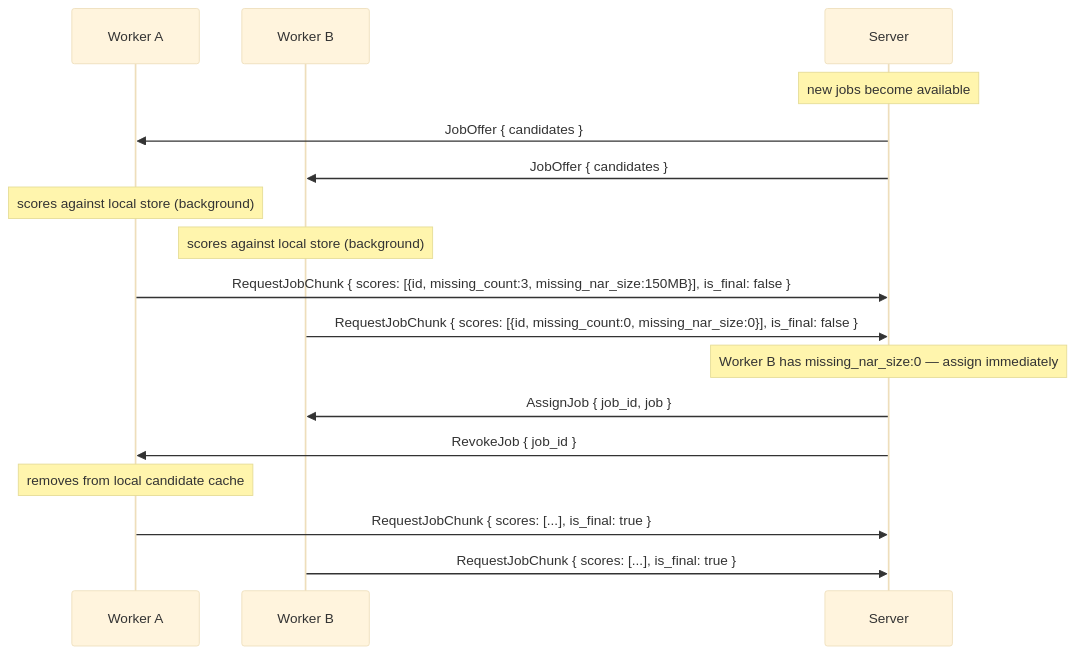
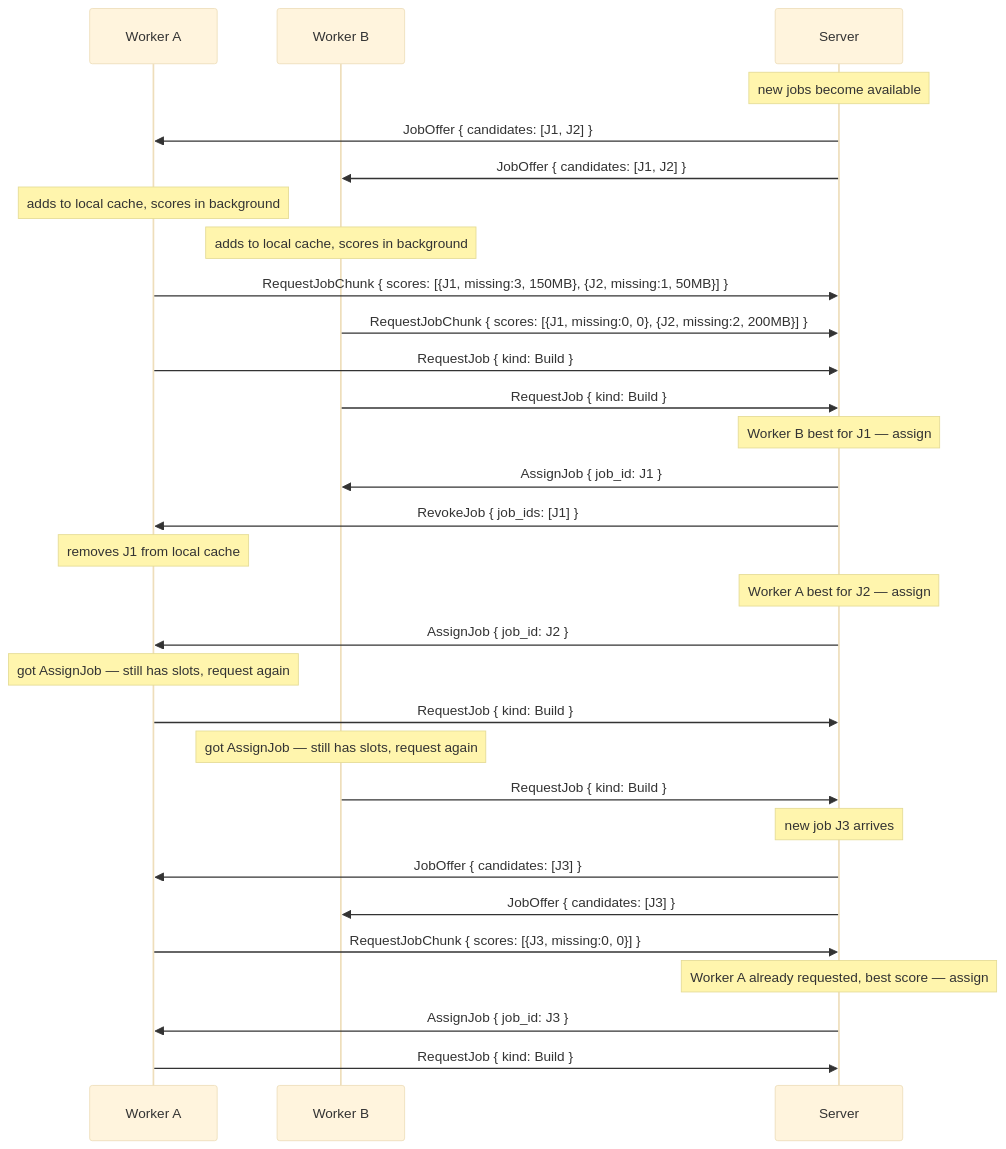
One commit to wavelens/gradient changed the ninth of 24 diagrams in docs/src/development/proto.md. Above: the diagram before and after it, drawn with Mermaid (base theme). The commit also changed other lines of this file and 4 other files, not shown here.

Commit message:
docs: add RequestJob

````diff
--- a/docs/src/development/proto.md
+++ b/docs/src/development/proto.md
@@ -279,21 +281,36 @@
 ```mermaid
 sequenceDiagram
     participant W1 as Worker A
     participant W2 as Worker B
     participant S as Server
 
     Note over S: new jobs become available
-    S->>W1: JobOffer { candidates }
-    S->>W2: JobOffer { candidates }
-    Note over W1: scores against local store (background)
-    Note over W2: scores against local store (background)
+    S->>W1: JobOffer { candidates: [J1, J2] }
+    S->>W2: JobOffer { candidates: [J1, J2] }
+    Note over W1: adds to local cache, scores in background
+    Note over W2: adds to local cache, scores in background
 
-    W1->>S: RequestJobChunk { scores: [{id, missing_count:3, missing_nar_size:150MB}], is_final: false }
-    W2->>S: RequestJobChunk { scores: [{id, missing_count:0, missing_nar_size:0}], is_final: false }
-    Note over S: Worker B has missing_nar_size:0 — assign immediately
-    S->>W2: AssignJob { job_id, job }
-    S->>W1: RevokeJob { job_id }
-    Note over W1: removes from local candidate cache
-    W1->>S: RequestJobChunk { scores: [...], is_final: true }
-    W2->>S: RequestJobChunk { scores: [...], is_final: true }
+    W1->>S: RequestJobChunk { scores: [{J1, missing:3, 150MB}, {J2, missing:1, 50MB}] }
+    W2->>S: RequestJobChunk { scores: [{J1, missing:0, 0}, {J2, missing:2, 200MB}] }
+
+    W1->>S: RequestJob { kind: Build }
+    W2->>S: RequestJob { kind: Build }
+    Note over S: Worker B best for J1 — assign
+    S->>W2: AssignJob { job_id: J1 }
+    S->>W1: RevokeJob { job_ids: [J1] }
+    Note over W1: removes J1 from local cache
+    Note over S: Worker A best for J2 — assign
+    S->>W1: AssignJob { job_id: J2 }
+    Note over W1: got AssignJob — still has slots, request again
+    W1->>S: RequestJob { kind: Build }
+    Note over W2: got AssignJob — still has slots, request again
+    W2->>S: RequestJob { kind: Build }
+
+    Note over S: new job J3 arrives
+    S->>W1: JobOffer { candidates: [J3] }
+    S->>W2: JobOffer { candidates: [J3] }
+    W1->>S: RequestJobChunk { scores: [{J3, missing:0, 0}] }
+    Note over S: Worker A already requested, best score — assign
+    S->>W1: AssignJob { job_id: J3 }
+    W1->>S: RequestJob { kind: Build }
 ```
````
